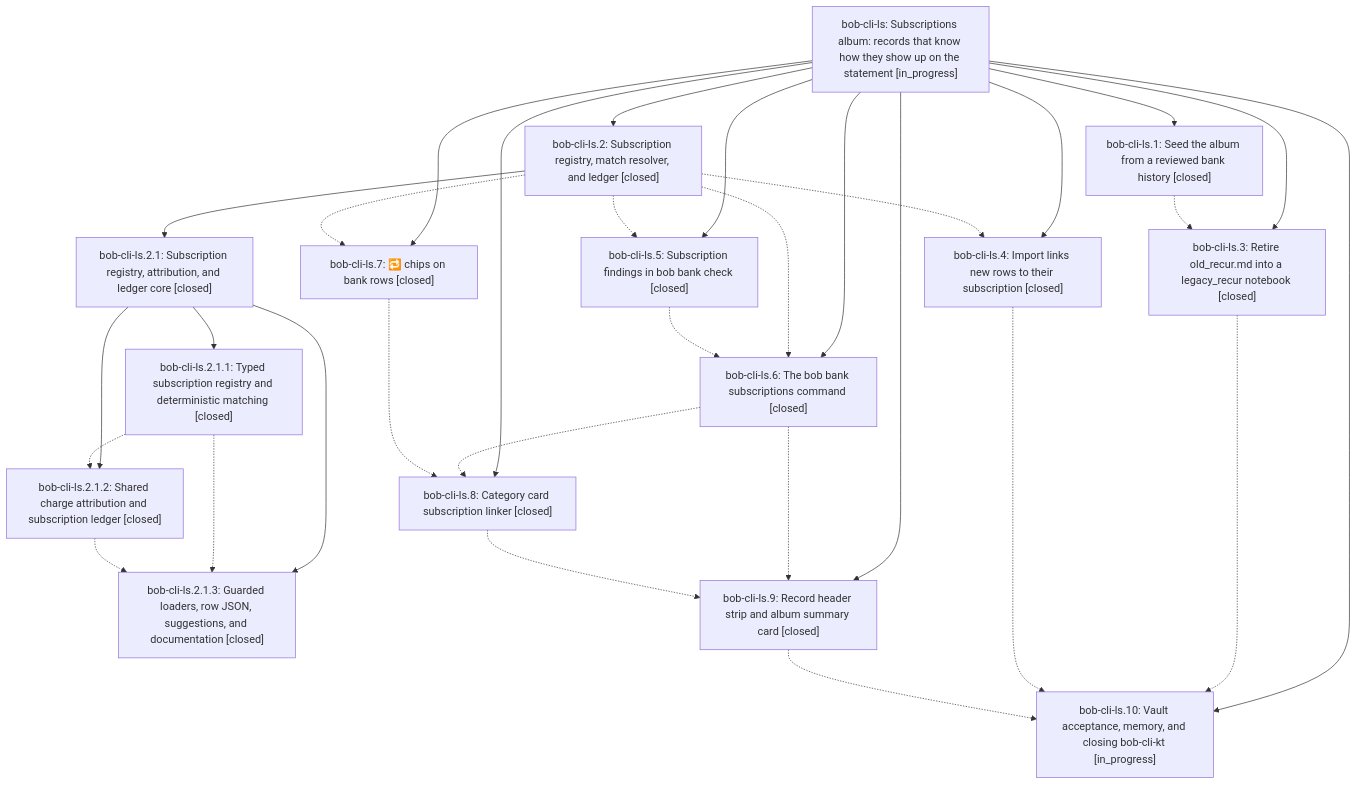
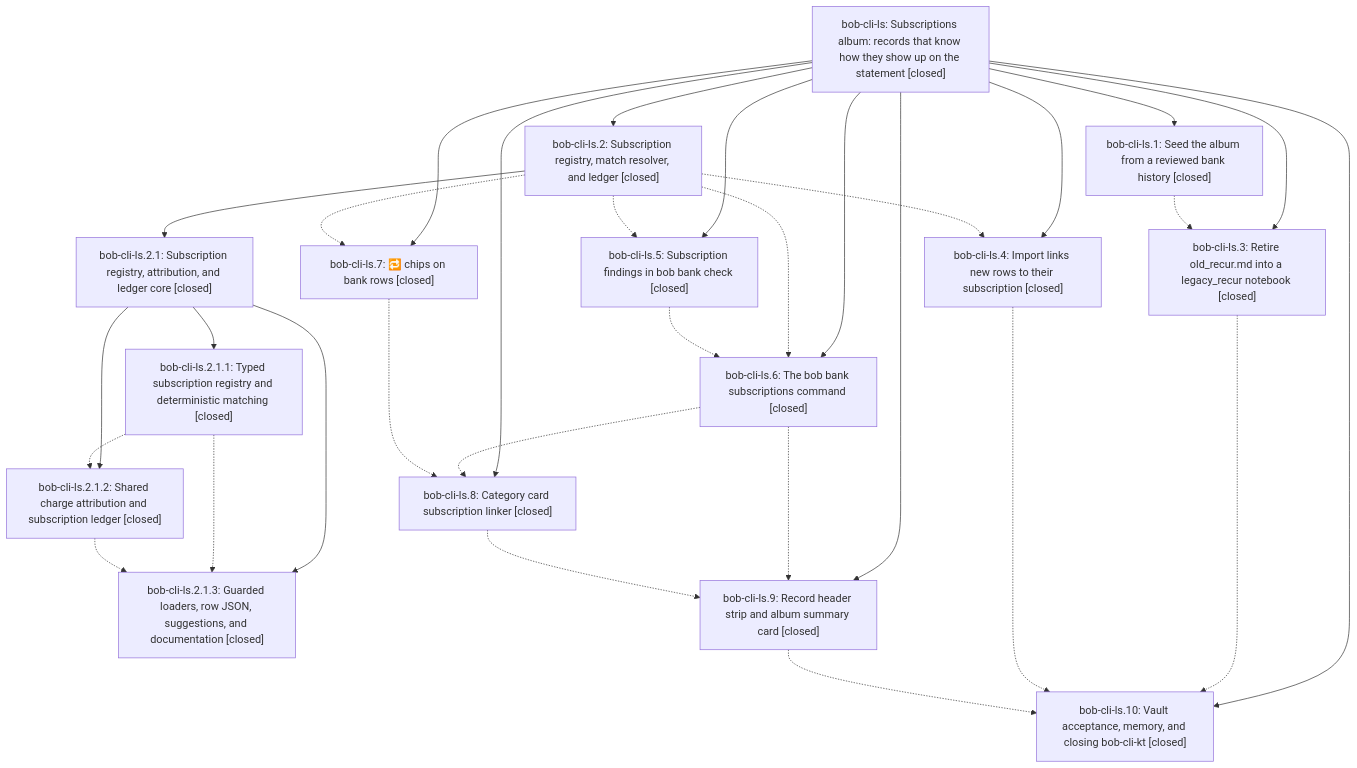
The diagram in pages/bob-cli-ls/README.md (bobs-org/bob-cli--beads), drawn with Mermaid before and after one commit. The commit also changed other lines of this file and 5 other files, not shown here.

First line of the commit message:
chore(beads): sync bead state and pages for bob-cli-ls

````diff
--- a/pages/bob-cli-ls/README.md
+++ b/pages/bob-cli-ls/README.md
@@ -49,48 +64,48 @@
 ```mermaid
 flowchart TD
-    n0["bob-cli-ls: Subscriptions album: records that know how they show up on the statement [in_progress]"]
+    n0["bob-cli-ls: Subscriptions album: records that know how they show up on the statement [closed]"]
     n1["bob-cli-ls.1: Seed the album from a reviewed bank history [closed]"]
-    n2["bob-cli-ls.10: Vault acceptance, memory, and closing bob-cli-kt [in_progress]"]
+    n2["bob-cli-ls.10: Vault acceptance, memory, and closing bob-cli-kt [closed]"]
     n3["bob-cli-ls.2: Subscription registry, match resolver, and ledger [closed]"]
     n4["bob-cli-ls.2.1: Subscription registry, attribution, and ledger core [closed]"]
     n5["bob-cli-ls.2.1.1: Typed subscription registry and deterministic matching [closed]"]
     n6["bob-cli-ls.2.1.2: Shared charge attribution and subscription ledger [closed]"]
     n7["bob-cli-ls.2.1.3: Guarded loaders, row JSON, suggestions, and documentation [closed]"]
     n8["bob-cli-ls.3: Retire old_recur.md into a legacy_recur notebook [closed]"]
     n9["bob-cli-ls.4: Import links new rows to their subscription [closed]"]
     n10["bob-cli-ls.5: Subscription findings in bob bank check [closed]"]
     n11["bob-cli-ls.6: The bob bank subscriptions command [closed]"]
     n12["bob-cli-ls.7: 🔁 chips on bank rows [closed]"]
     n13["bob-cli-ls.8: Category card subscription linker [closed]"]
     n14["bob-cli-ls.9: Record header strip and album summary card [closed]"]
     n0 --> n1
     n0 --> n2
     n0 --> n3
     n3 --> n4
     n4 --> n5
     n4 --> n6
     n4 --> n7
     n0 --> n8
     n0 --> n9
     n0 --> n10
     n0 --> n11
     n0 --> n12
     n0 --> n13
     n0 --> n14
     n1 -.-> n8
     n3 -.-> n9
     n3 -.-> n10
     n3 -.-> n11
     n3 -.-> n12
     n5 -.-> n6
     n5 -.-> n7
     n6 -.-> n7
     n8 -.-> n2
     n9 -.-> n2
     n10 -.-> n11
     n11 -.-> n13
     n11 -.-> n14
     n12 -.-> n13
     n13 -.-> n14
     n14 -.-> n2
 ```
````
